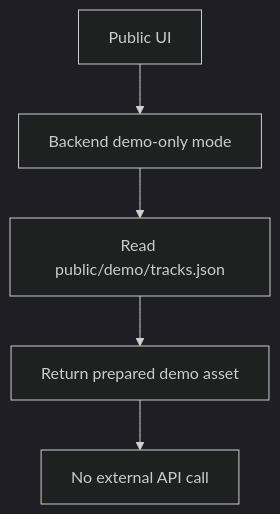
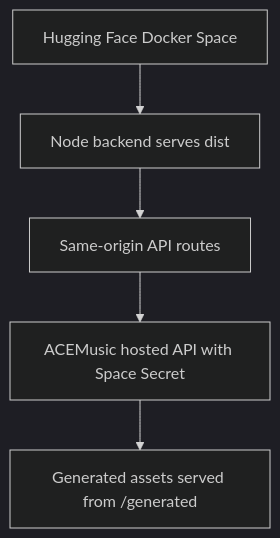
One commit to lettersfromsubin/yumi-ai-music-generator changed the third of 3 diagrams in docs/DESIGN.md. Above: the diagram before and after it, drawn with Mermaid (dark theme). The commit also changed other lines of this file and 9 other files, not shown here.

Commit message:
Add Hugging Face Space deployment

````diff
--- a/docs/DESIGN.md
+++ b/docs/DESIGN.md
@@ -140,7 +137,7 @@
 ```mermaid
 flowchart TD
-    A[Public UI] --> B[Backend demo-only mode]
-    B --> C[Read public/demo/tracks.json]
-    C --> D[Return prepared demo asset]
-    D --> E[No external API call]
+    A[Hugging Face Docker Space] --> B[Node backend serves dist]
+    B --> C[Same-origin API routes]
+    C --> D[ACEMusic hosted API with Space Secret]
+    D --> E[Generated assets served from /generated]
 ```
````
